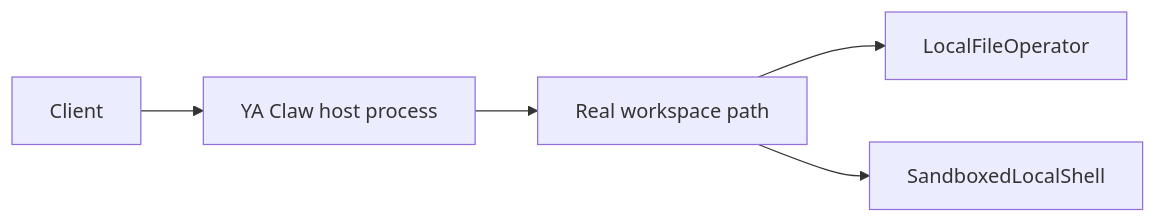
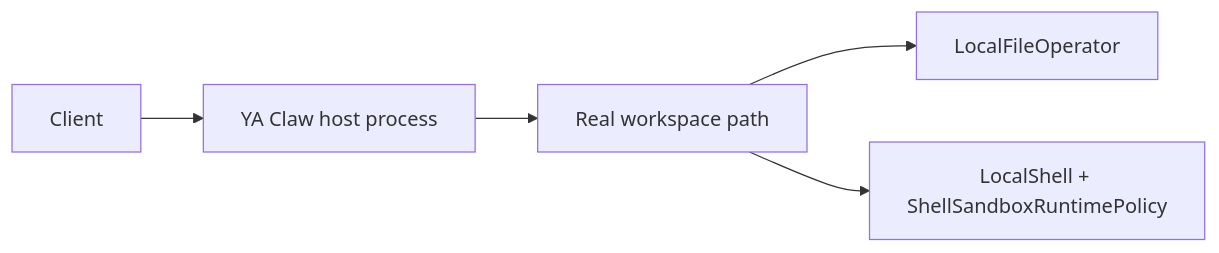
Before and after one commit to Wh1isper/ya-agent-sdk: the diagram in skills/ya-claw-deploy/references/workspace-provider/service-local-local-shell.md, drawn with Mermaid. The commit also changed other lines of this file and 12 other files, not shown here.

Commit message:
refactor(shell): unify local shell sandbox policy

````diff
--- a/skills/ya-claw-deploy/references/workspace-provider/service-local-local-shell.md
+++ b/skills/ya-claw-deploy/references/workspace-provider/service-local-local-shell.md
@@ -7,7 +7,7 @@
 ```mermaid
 flowchart LR
     CLIENT["Client"] --> SERVICE["YA Claw host process"]
     SERVICE --> WORKSPACE["Real workspace path"]
     WORKSPACE --> FILES["LocalFileOperator"]
-    WORKSPACE --> SHELL["SandboxedLocalShell"]
+    WORKSPACE --> SHELL["LocalShell + ShellSandboxRuntimePolicy"]
 ```
````
